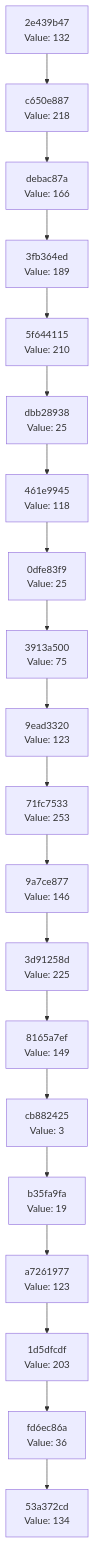
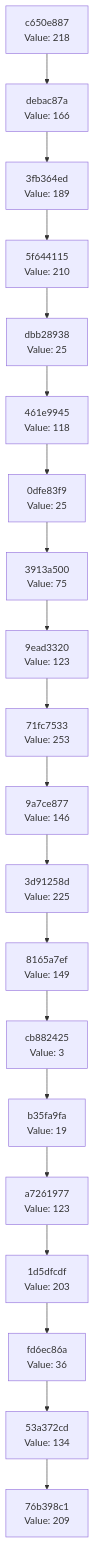
Before and after one commit to Abhisheksinha1506/hash-chain-evolver: the diagram in docs/CHAIN_VISUALIZATION.md, drawn with Mermaid. The commit also changed 2 other files, not shown here.

Commit message:
Evolution Step

````diff
--- a/docs/CHAIN_VISUALIZATION.md
+++ b/docs/CHAIN_VISUALIZATION.md
@@ -3,42 +3,42 @@
 ```mermaid
 graph TD
-    C0["53a372cd<br/>Value: 134"]
-    C1["fd6ec86a<br/>Value: 36"]
+    C0["76b398c1<br/>Value: 209"]
+    C1["53a372cd<br/>Value: 134"]
     C1 --> C0
-    C2["1d5dfcdf<br/>Value: 203"]
+    C2["fd6ec86a<br/>Value: 36"]
     C2 --> C1
-    C3["a7261977<br/>Value: 123"]
+    C3["1d5dfcdf<br/>Value: 203"]
     C3 --> C2
-    C4["b35fa9fa<br/>Value: 19"]
+    C4["a7261977<br/>Value: 123"]
     C4 --> C3
-    C5["cb882425<br/>Value: 3"]
+    C5["b35fa9fa<br/>Value: 19"]
     C5 --> C4
-    C6["8165a7ef<br/>Value: 149"]
+    C6["cb882425<br/>Value: 3"]
     C6 --> C5
-    C7["3d91258d<br/>Value: 225"]
+    C7["8165a7ef<br/>Value: 149"]
     C7 --> C6
-    C8["9a7ce877<br/>Value: 146"]
+    C8["3d91258d<br/>Value: 225"]
     C8 --> C7
-    C9["71fc7533<br/>Value: 253"]
+    C9["9a7ce877<br/>Value: 146"]
     C9 --> C8
-    C10["9ead3320<br/>Value: 123"]
+    C10["71fc7533<br/>Value: 253"]
     C10 --> C9
-    C11["3913a500<br/>Value: 75"]
+    C11["9ead3320<br/>Value: 123"]
     C11 --> C10
-    C12["0dfe83f9<br/>Value: 25"]
+    C12["3913a500<br/>Value: 75"]
     C12 --> C11
-    C13["461e9945<br/>Value: 118"]
+    C13["0dfe83f9<br/>Value: 25"]
     C13 --> C12
-    C14["dbb28938<br/>Value: 25"]
+    C14["461e9945<br/>Value: 118"]
     C14 --> C13
-    C15["5f644115<br/>Value: 210"]
+    C15["dbb28938<br/>Value: 25"]
     C15 --> C14
-    C16["3fb364ed<br/>Value: 189"]
+    C16["5f644115<br/>Value: 210"]
     C16 --> C15
-    C17["debac87a<br/>Value: 166"]
+    C17["3fb364ed<br/>Value: 189"]
     C17 --> C16
-    C18["c650e887<br/>Value: 218"]
+    C18["debac87a<br/>Value: 166"]
     C18 --> C17
-    C19["2e439b47<br/>Value: 132"]
+    C19["c650e887<br/>Value: 218"]
     C19 --> C18
 ```
````
